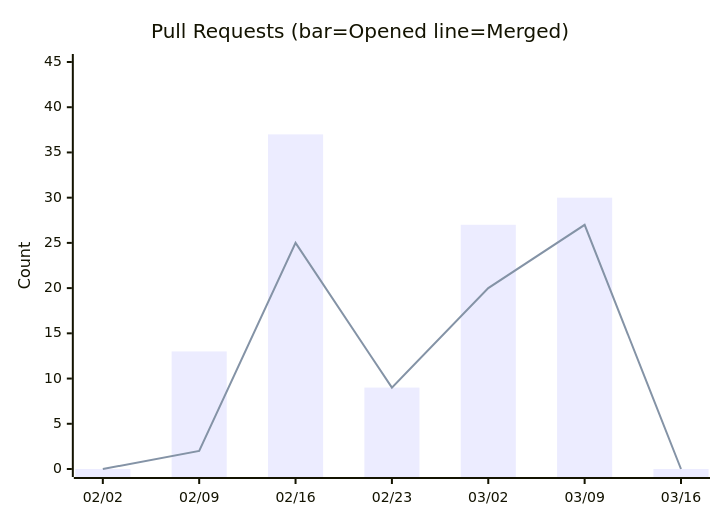
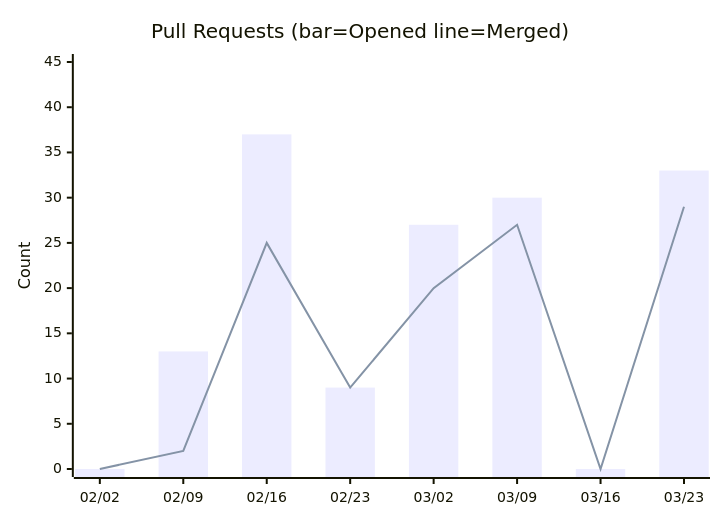
Before and after one commit to nablarch/nabledge-dev: the sixth of 14 diagrams in docs/metrics.md, drawn with Mermaid. The commit also changed other lines of this file and 2 other files, not shown here.

````diff
--- a/docs/metrics.md
+++ b/docs/metrics.md
@@ -100,8 +100,8 @@
 ```mermaid
 xychart-beta
   title "Pull Requests (bar=Opened  line=Merged)"
-  x-axis ["02/02", "02/09", "02/16", "02/23", "03/02", "03/09", "03/16"]
+  x-axis ["02/02", "02/09", "02/16", "02/23", "03/02", "03/09", "03/16", "03/23"]
   y-axis "Count" 0 --> 45
-  bar [0, 13, 37, 9, 27, 30, 0]
-  line [0, 2, 25, 9, 20, 27, 0]
+  bar [0, 13, 37, 9, 27, 30, 0, 33]
+  line [0, 2, 25, 9, 20, 27, 0, 29]
 ```
````
